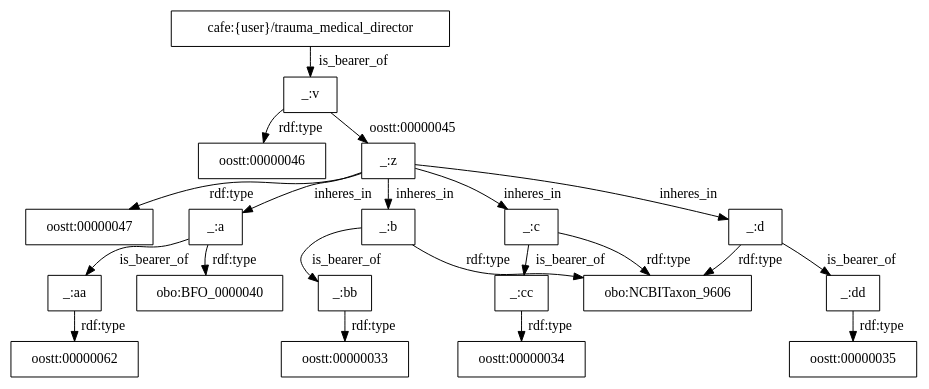
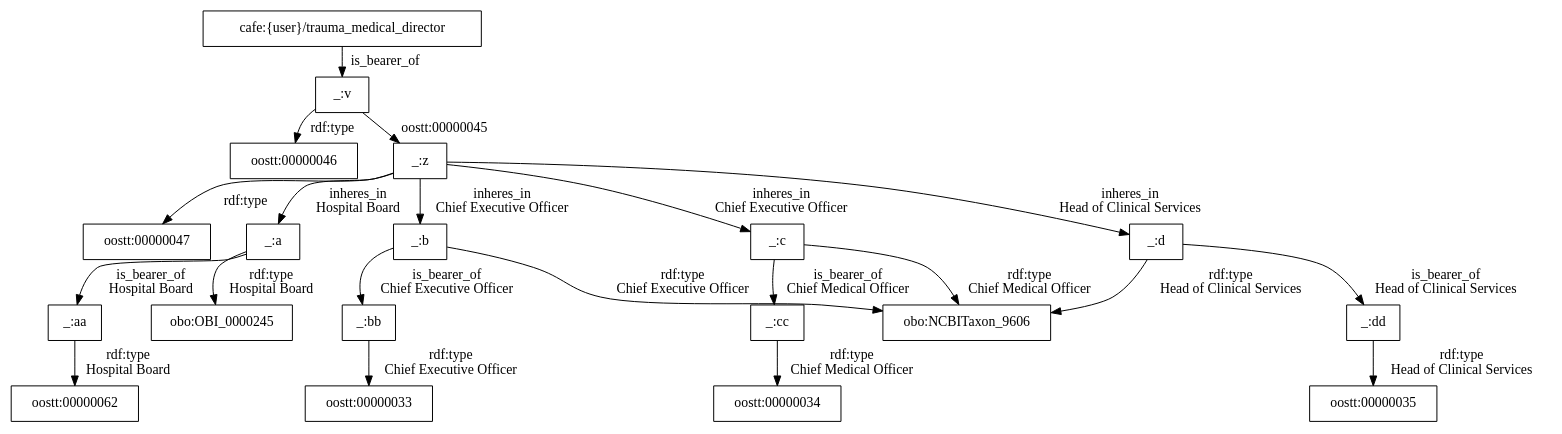
The diagram in cafe/graphs/138.dot (utecht/dideo-server), drawn with Graphviz before and after one commit. The commit also changed 6 other files, not shown here.

```diff
--- a/cafe/graphs/138.dot
+++ b/cafe/graphs/138.dot
@@ -1,23 +1,39 @@
 digraph g { node [shape=rectangle];
 graph [splines=true, nodesep=.5, ranksep=0, overlap=false];
 "cafe:{user}/trauma_medical_director" -> "_:v" [label="is_bearer_of"]
 "_:v" -> "oostt:00000046" [label="rdf:type"]
 "_:v" -> "_:z" [label="oostt:00000045"]
 "_:z" -> "oostt:00000047" [label="rdf:type"]
-"_:a" -> "_:aa" [label="is_bearer_of"]
-"_:a" -> "obo:BFO_0000040" [label="rdf:type"]
-"_:aa" -> "oostt:00000062" [label="rdf:type"]
-"_:bb" -> "oostt:00000033" [label="rdf:type"]
-"_:dd" -> "oostt:00000035" [label="rdf:type"]
-"_:cc" -> "oostt:00000034" [label="rdf:type"]
-"_:b" -> "_:bb" [label="is_bearer_of"]
-"_:c" -> "_:cc" [label="is_bearer_of"]
-"_:d" -> "_:dd" [label="is_bearer_of"]
-"_:b" -> "obo:NCBITaxon_9606" [label="rdf:type"]
-"_:c" -> "obo:NCBITaxon_9606" [label="rdf:type"]
-"_:d" -> "obo:NCBITaxon_9606" [label="rdf:type"]
-"_:z" -> "_:b" [label="inheres_in"]
-"_:z" -> "_:c" [label="inheres_in"]
-"_:z" -> "_:d" [label="inheres_in"]
-"_:z" -> "_:a" [label="inheres_in"]
+"_:a" -> "_:aa" [label="is_bearer_of
+Hospital Board"]
+"_:a" -> "obo:OBI_0000245" [label="rdf:type
+Hospital Board"]
+"_:aa" -> "oostt:00000062" [label="rdf:type
+Hospital Board"]
+"_:bb" -> "oostt:00000033" [label="rdf:type
+Chief Executive Officer"]
+"_:dd" -> "oostt:00000035" [label="rdf:type
+Head of Clinical Services"]
+"_:cc" -> "oostt:00000034" [label="rdf:type
+Chief Medical Officer"]
+"_:b" -> "_:bb" [label="is_bearer_of
+Chief Executive Officer"]
+"_:c" -> "_:cc" [label="is_bearer_of
+Chief Medical Officer"]
+"_:d" -> "_:dd" [label="is_bearer_of
+Head of Clinical Services"]
+"_:b" -> "obo:NCBITaxon_9606" [label="rdf:type
+Chief Executive Officer"]
+"_:c" -> "obo:NCBITaxon_9606" [label="rdf:type
+Chief Medical Officer"]
+"_:d" -> "obo:NCBITaxon_9606" [label="rdf:type
+Head of Clinical Services"]
+"_:z" -> "_:b" [label="inheres_in
+Chief Executive Officer"]
+"_:z" -> "_:c" [label="inheres_in
+Chief Executive Officer"]
+"_:z" -> "_:d" [label="inheres_in
+Head of Clinical Services"]
+"_:z" -> "_:a" [label="inheres_in
+Hospital Board"]
 }
```
